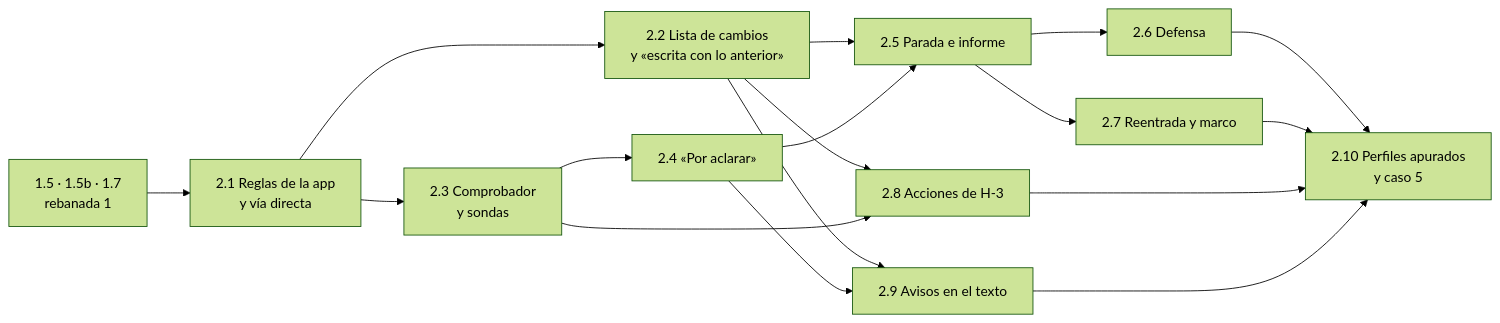
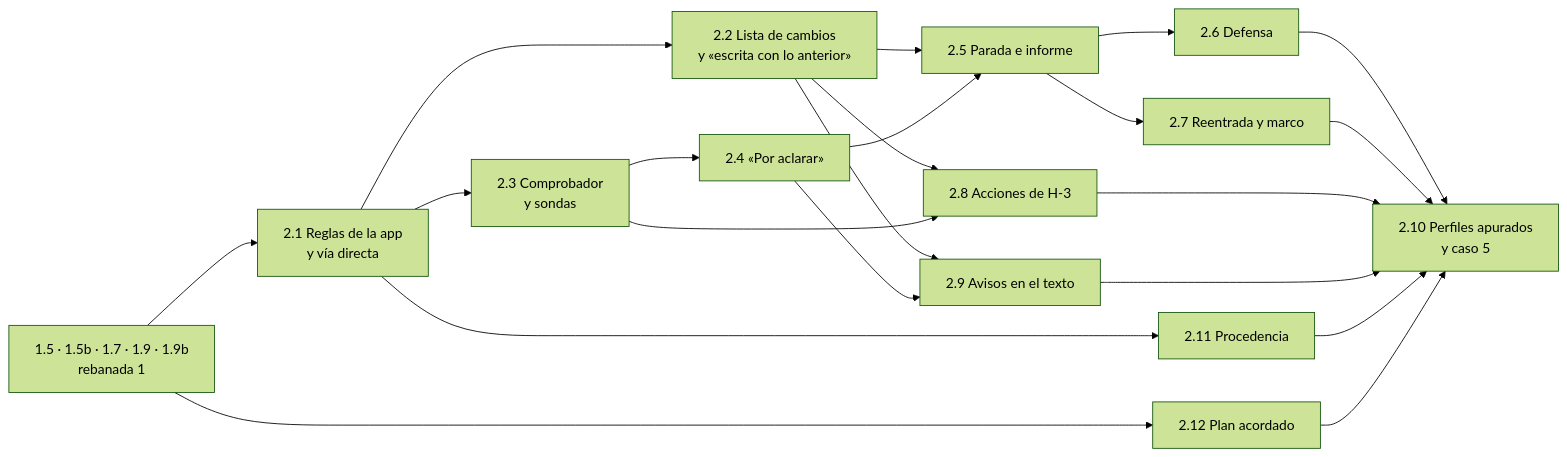
One commit to LaurenteEber/tupaqnin changed the second of 2 diagrams in docs/construccion/backlog-r2.md. Above: the diagram before and after it, drawn with Mermaid (forest theme). The commit also changed other lines of this file and 8 other files, not shown here.

````diff
--- a/docs/construccion/backlog-r2.md
+++ b/docs/construccion/backlog-r2.md
@@ -89,16 +98,18 @@
 ```mermaid
 flowchart LR
-  R1["1.5 · 1.5b · 1.7<br/>rebanada 1"] --> P1["2.1 Reglas de la app<br/>y vía directa"]
+  R1["1.5 · 1.5b · 1.7 · 1.9 · 1.9b<br/>rebanada 1"] --> P1["2.1 Reglas de la app<br/>y vía directa"]
   P1 --> P2["2.2 Lista de cambios<br/>y «escrita con lo anterior»"]
   P1 --> P3["2.3 Comprobador<br/>y sondas"]
   P3 --> P4["2.4 «Por aclarar»"]
   P2 --> P5["2.5 Parada e informe"]
   P4 --> P5
   P5 --> P6["2.6 Defensa"]
   P5 --> P7["2.7 Reentrada y marco"]
   P2 --> P8["2.8 Acciones de H-3"]
   P3 --> P8
   P2 --> P9["2.9 Avisos en el texto"]
   P4 --> P9
-  P6 & P7 & P8 & P9 --> P10["2.10 Perfiles apurados<br/>y caso 5"]
+  P1 --> P11["2.11 Procedencia"]
+  R1 --> P12["2.12 Plan acordado"]
+  P6 & P7 & P8 & P9 & P11 & P12 --> P10["2.10 Perfiles apurados<br/>y caso 5"]
 ```
````
